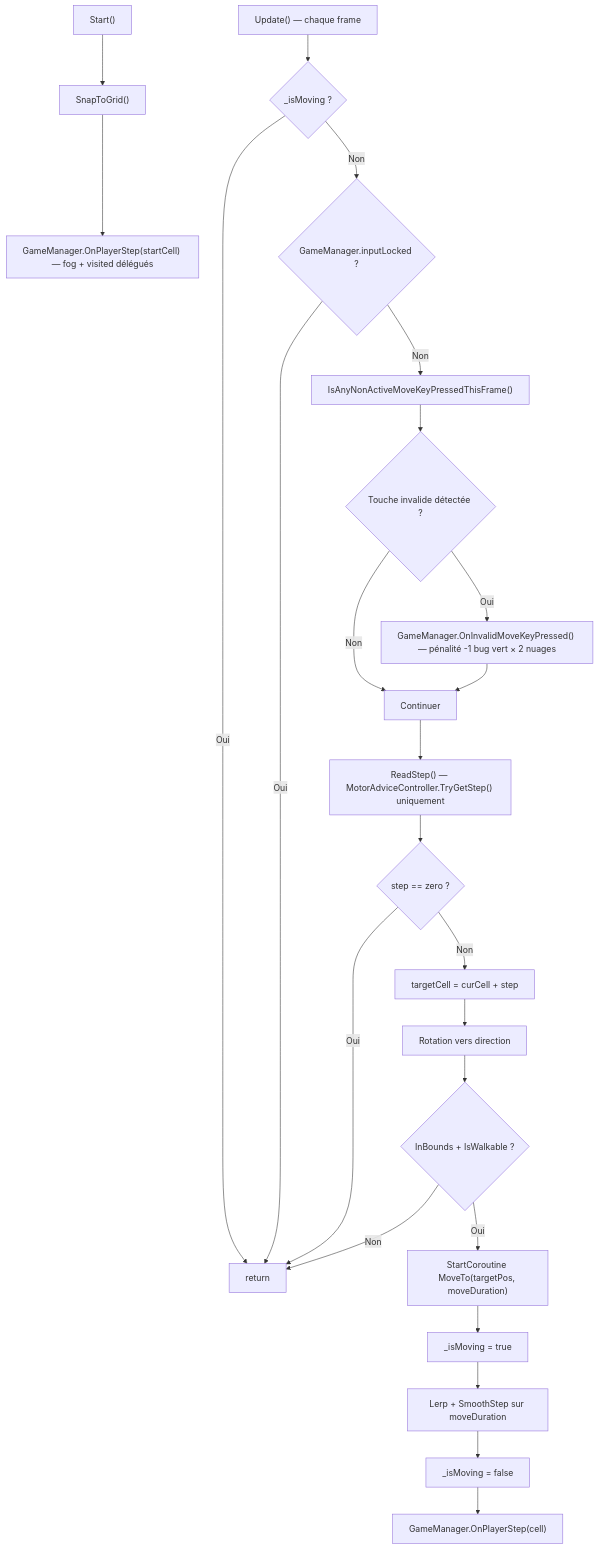
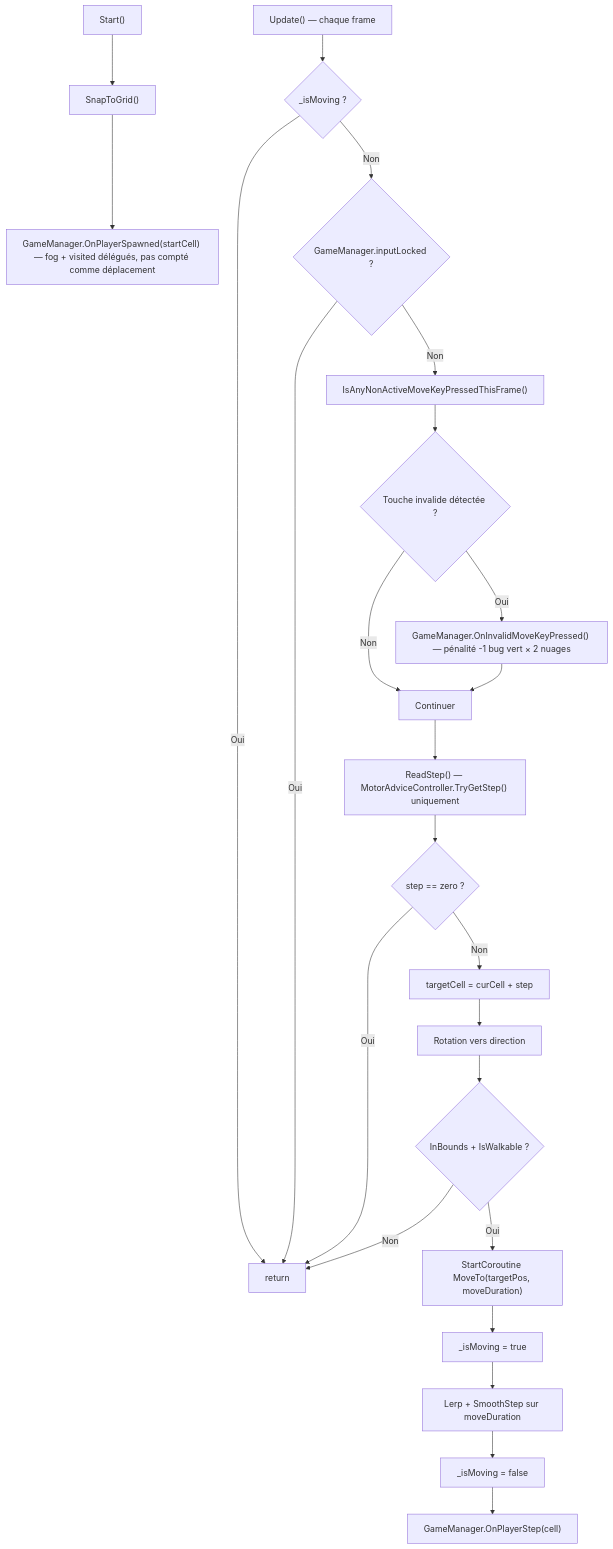
One commit to PierreChagnon/BUGS changed the ninth of 29 diagrams in Docs/TDD.md. Above: the diagram before and after it, drawn with Mermaid. The commit also changed other lines of this file and 16 other files, not shown here.

````diff
--- a/Docs/TDD.md
+++ b/Docs/TDD.md
@@ -821,28 +821,28 @@
 ```mermaid
 graph TD
     A["Start()"] --> B["SnapToGrid()"]
-    B --> C["GameManager.OnPlayerStep(startCell) — fog + visited délégués"]
+    B --> C["GameManager.OnPlayerSpawned(startCell) — fog + visited délégués, pas compté comme déplacement"]
 
     E["Update() — chaque frame"] --> F{_isMoving ?}
     F -->|Oui| G[return]
     F -->|Non| H{GameManager.inputLocked ?}
     H -->|Oui| G
     H -->|Non| INV["IsAnyNonActiveMoveKeyPressedThisFrame()"]
     INV --> INV2{Touche invalide détectée ?}
     INV2 -->|Oui| INV3["GameManager.OnInvalidMoveKeyPressed() — pénalité -1 bug vert × 2 nuages"]
     INV2 -->|Non| CONT[Continuer]
     INV3 --> CONT
     CONT --> I["ReadStep() — MotorAdviceController.TryGetStep() uniquement"]
     I --> J{step == zero ?}
     J -->|Oui| G
     J -->|Non| K["targetCell = curCell + step"]
     K --> L["Rotation vers direction"]
     L --> M{"InBounds + IsWalkable ?"}
     M -->|Non| G
     M -->|Oui| N["StartCoroutine MoveTo(targetPos, moveDuration)"]
 
     N --> O["_isMoving = true"]
     O --> P["Lerp + SmoothStep sur moveDuration"]
     P --> Q["_isMoving = false"]
     Q --> R["GameManager.OnPlayerStep(cell)"]
 ```
````
